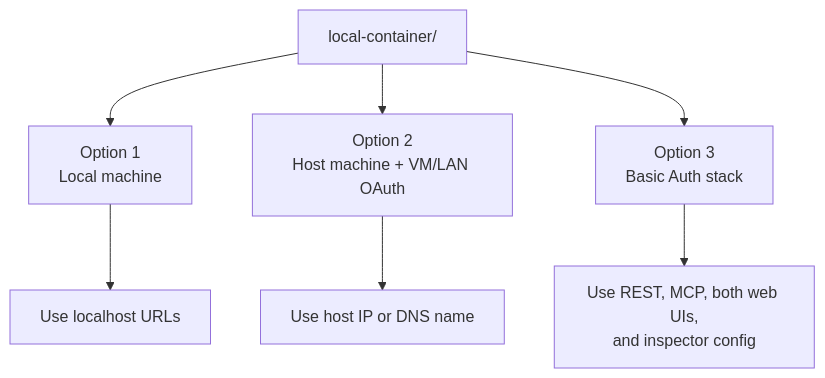
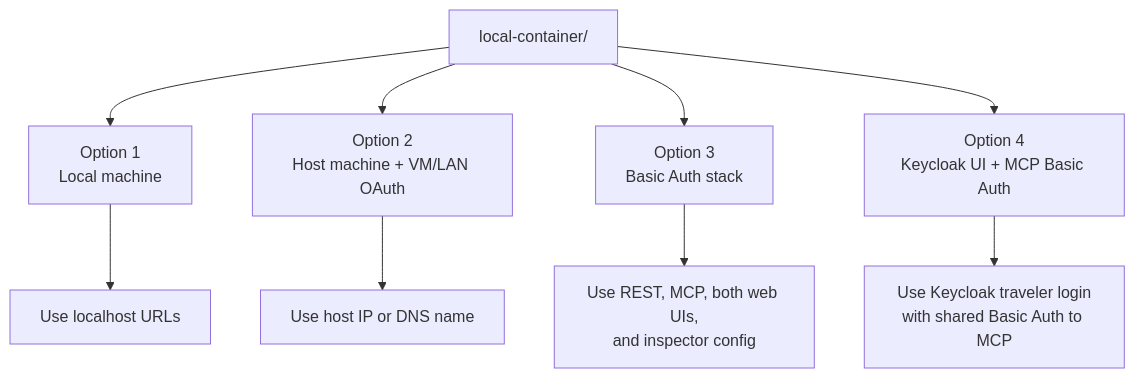
The first of 2 diagrams in local-container/README.md (thomassuedbroecker/galaxium-travels-infrastructure-tsuedbro), drawn with Mermaid before and after one commit. The commit also changed other lines of this file and 12 other files, not shown here.

First line of the commit message:
update the documentation and add the configuration: UI for Basic auth MCP or generate a new UI to reflect this new configuration.

````diff
--- a/local-container/README.md
+++ b/local-container/README.md
@@ -13,9 +14,11 @@
 ```mermaid
 flowchart TD
     A["local-container/"] --> B["Option 1<br/>Local machine"]
     A --> C["Option 2<br/>Host machine + VM/LAN OAuth"]
     A --> F["Option 3<br/>Basic Auth stack"]
+    A --> H["Option 4<br/>Keycloak UI + MCP Basic Auth"]
     B --> D["Use localhost URLs"]
     C --> E["Use host IP or DNS name"]
     F --> G["Use REST, MCP, both web UIs,<br/>and inspector config"]
+    H --> I["Use Keycloak traveler login<br/>with shared Basic Auth to MCP"]
 ```
````
